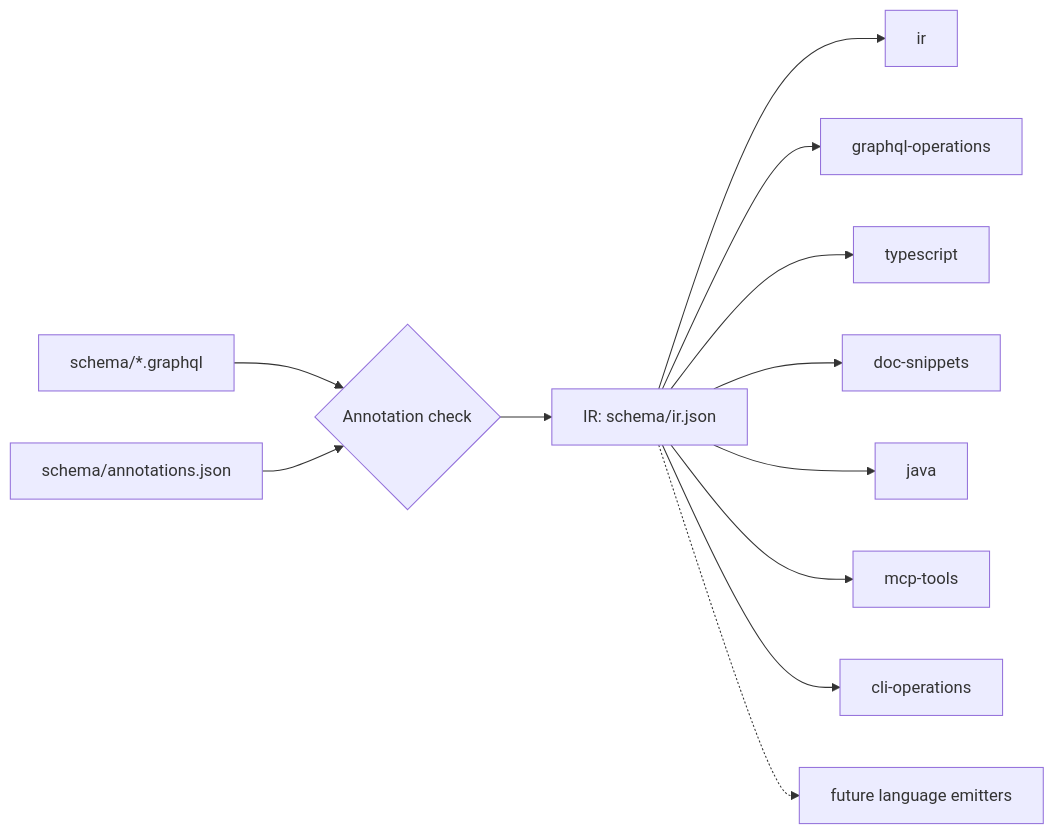
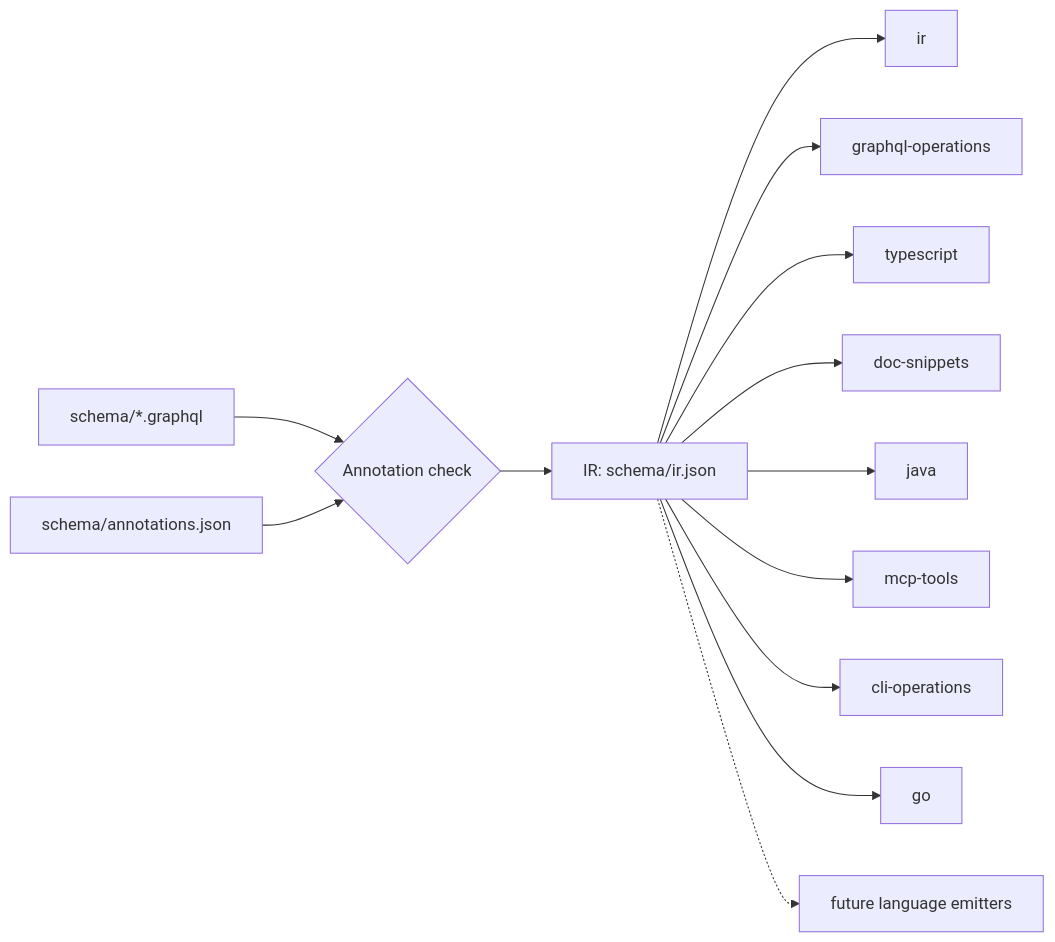
Before and after one commit to ConvoHop/sdks: the diagram in docs/sdk-generation.md, drawn with Mermaid. The commit also changed other lines of this file and 63 other files, not shown here.

````diff
--- a/docs/sdk-generation.md
+++ b/docs/sdk-generation.md
@@ -9,14 +9,15 @@
 ```mermaid
 flowchart LR
   S["schema/*.graphql"] --> C{"Annotation check"}
   A["schema/annotations.json"] --> C
   C --> I["IR: schema/ir.json"]
   I --> E1["ir"]
   I --> E2["graphql-operations"]
   I --> E3["typescript"]
   I --> E4["doc-snippets"]
   I --> EJ["java"]
   I --> EM["mcp-tools"]
   I --> EC["cli-operations"]
+  I --> EG["go"]
   I -.-> E5["future language emitters"]
 ```
````
